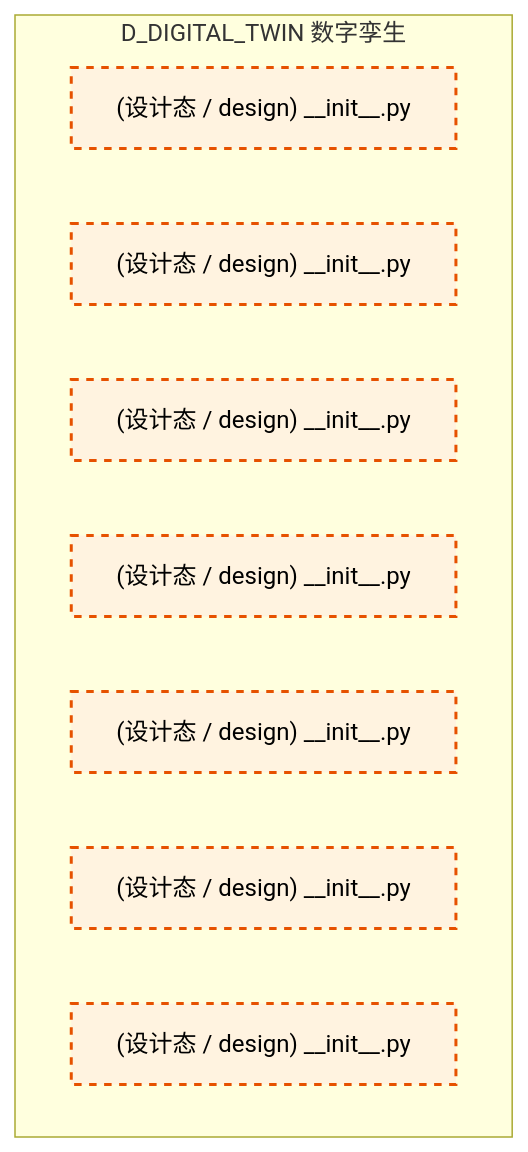
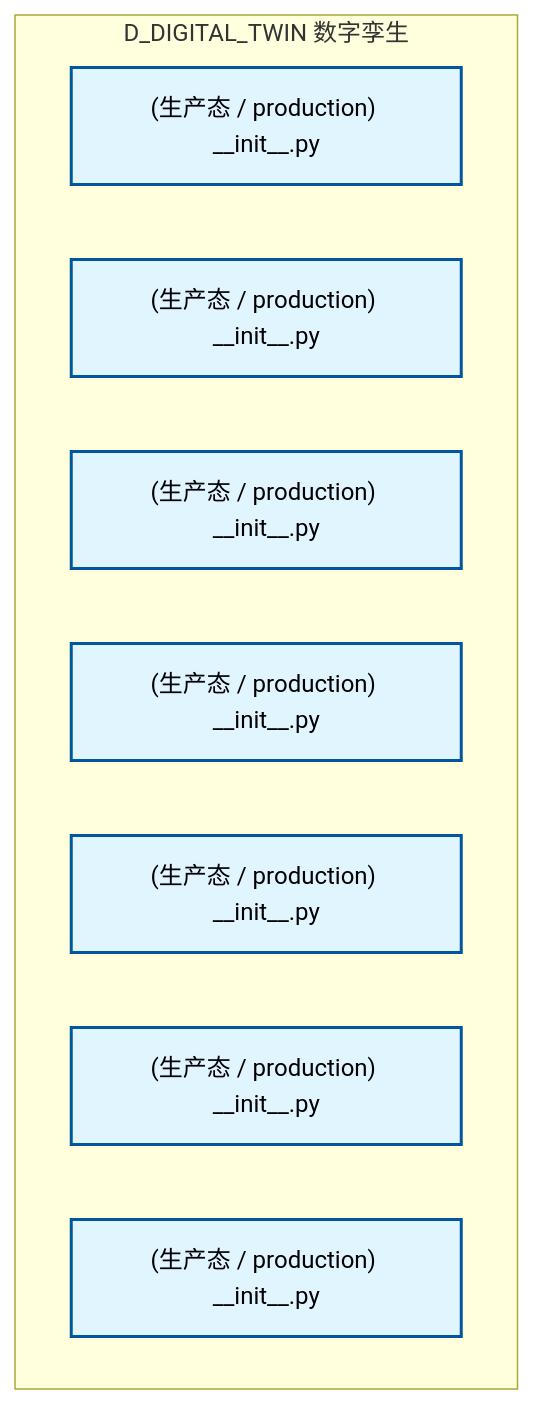
One commit to xuanFelixVan/ZephyrAlpha changed the second of 2 diagrams in docs/02_enterprise_architecture/02_domain_architecture_docs/32_d_digital_twin.md. Above: the diagram before and after it, drawn with Mermaid. The commit also changed other lines of this file and 128 other files, not shown here.

````diff
--- a/docs/02_enterprise_architecture/02_domain_architecture_docs/32_d_digital_twin.md
+++ b/docs/02_enterprise_architecture/02_domain_architecture_docs/32_d_digital_twin.md
@@ -114,17 +89,17 @@
 ```mermaid
 graph TD
     subgraph D_DIGITAL_TWIN["D_DIGITAL_TWIN 数字孪生"]
-        src_zephyr_digital_twin_init_py["(设计态 / design) __init__.py"]
-        src_zephyr_digital_twin_extensions_init_py["(设计态 / design) __init__.py"]
-        src_zephyr_digital_twin_api_init_py["(设计态 / design) __init__.py"]
-        src_zephyr_digital_twin_core_init_py["(设计态 / design) __init__.py"]
-        src_zephyr_digital_twin_infrastructure_init_py["(设计态 / design) __init__.py"]
-        src_zephyr_digital_twin_models_init_py["(设计态 / design) __init__.py"]
-        src_zephyr_digital_twin_services_init_py["(设计态 / design) __init__.py"]
+        src_zephyr_digital_twin_init_py["(生产态 / production) __init__.py"]
+        src_zephyr_digital_twin_extensions_init_py["(生产态 / production) __init__.py"]
+        src_zephyr_digital_twin_api_init_py["(生产态 / production) __init__.py"]
+        src_zephyr_digital_twin_core_init_py["(生产态 / production) __init__.py"]
+        src_zephyr_digital_twin_infrastructure_init_py["(生产态 / production) __init__.py"]
+        src_zephyr_digital_twin_models_init_py["(生产态 / production) __init__.py"]
+        src_zephyr_digital_twin_services_init_py["(生产态 / production) __init__.py"]
     end
     classDef production fill:#e1f5fe,stroke:#01579b,stroke-width:2px,color:#000
     classDef design fill:#fff3e0,stroke:#e65100,stroke-width:2px,color:#000,stroke-dasharray: 5 5
     classDef external_prod fill:#e8f5e9,stroke:#1b5e20,stroke-width:1px,color:#000
     classDef external_design fill:#fce4ec,stroke:#880e4f,stroke-width:1px,color:#000,stroke-dasharray: 5 5
-    class src_zephyr_digital_twin_init_py,src_zephyr_digital_twin_extensions_init_py,src_zephyr_digital_twin_api_init_py,src_zephyr_digital_twin_core_init_py,src_zephyr_digital_twin_infrastructure_init_py,src_zephyr_digital_twin_models_init_py,src_zephyr_digital_twin_services_init_py design
+    class src_zephyr_digital_twin_init_py,src_zephyr_digital_twin_extensions_init_py,src_zephyr_digital_twin_api_init_py,src_zephyr_digital_twin_core_init_py,src_zephyr_digital_twin_infrastructure_init_py,src_zephyr_digital_twin_models_init_py,src_zephyr_digital_twin_services_init_py production
 ```
````
